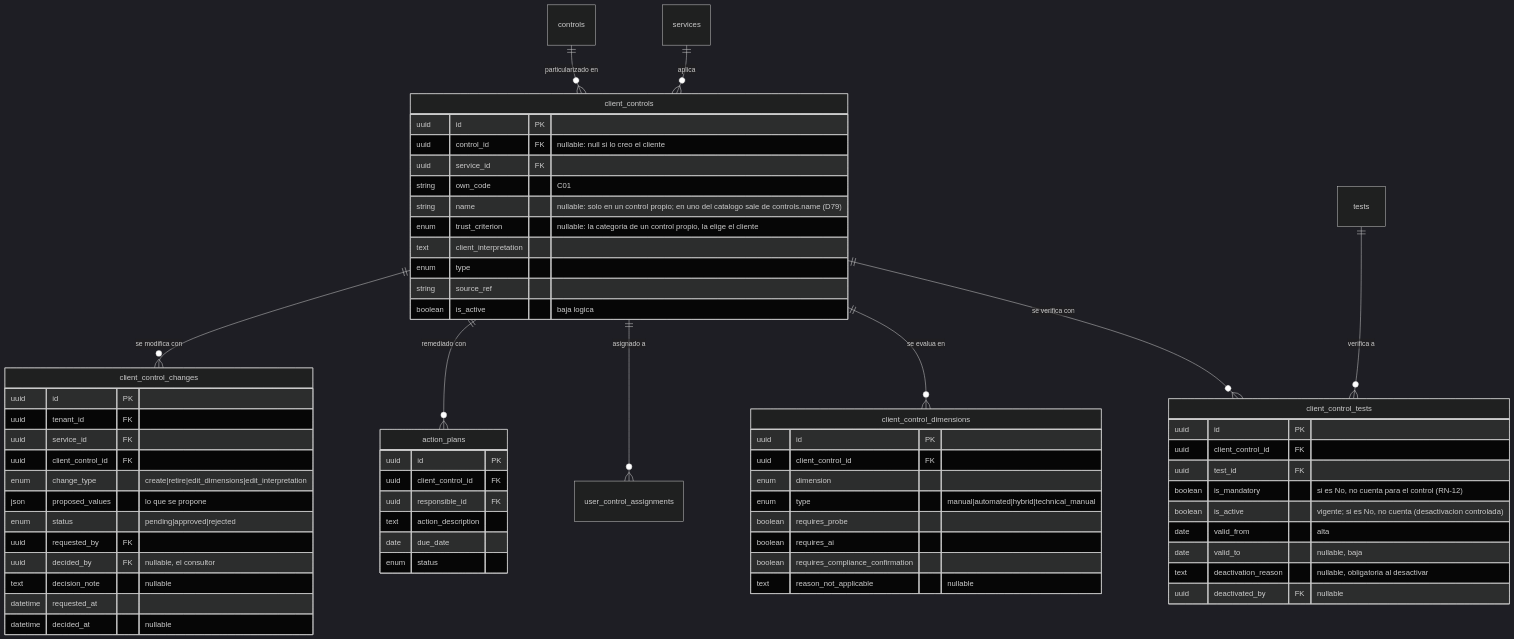
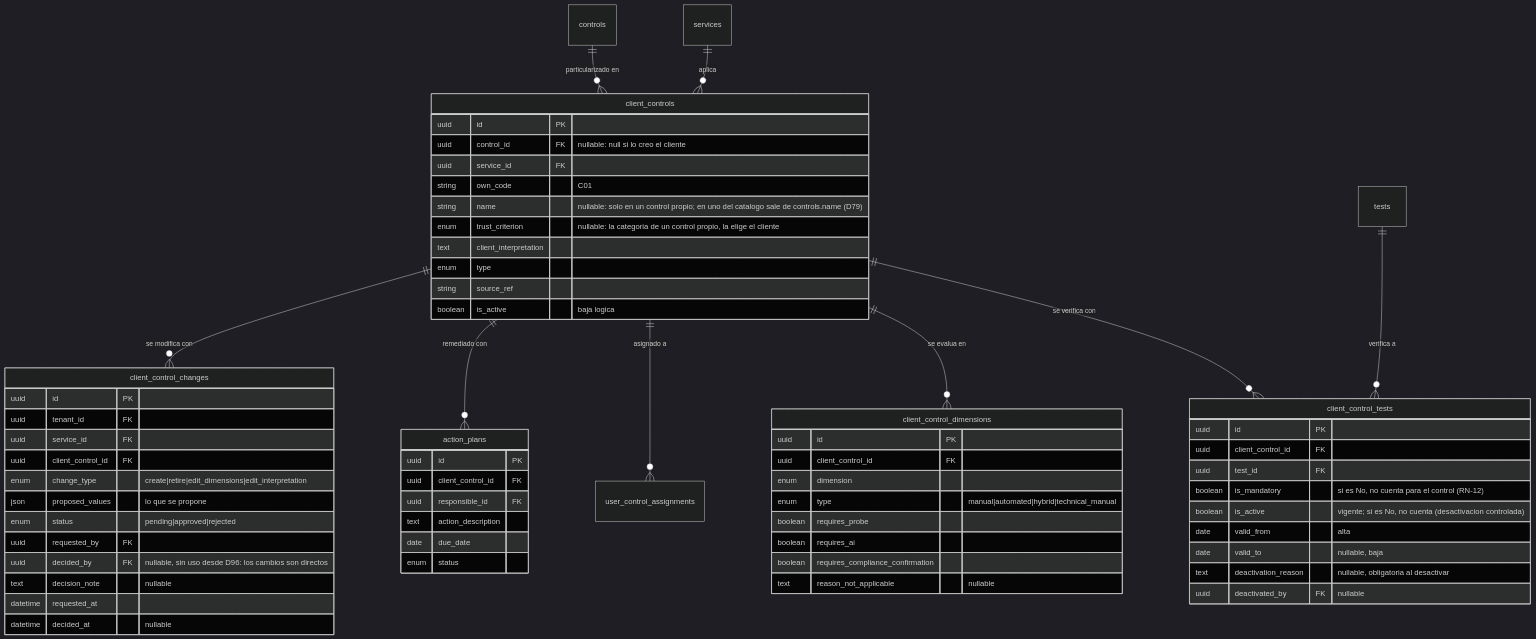
The first of 5 diagrams in skills/product/monkey-compliance-council/references/datos/modelo/07-cumplimiento.md (Monkey-GRC/Monkey-Brain-IA), drawn with Mermaid (dark theme) before and after one commit. The commit also changed other lines of this file and 33 other files, not shown here.

````diff
--- a/skills/product/monkey-compliance-council/references/datos/modelo/07-cumplimiento.md
+++ b/skills/product/monkey-compliance-council/references/datos/modelo/07-cumplimiento.md
@@ -21,66 +21,66 @@
 ```mermaid
 erDiagram
     client_controls {
         uuid id PK
         uuid control_id FK "nullable: null si lo creo el cliente"
         uuid service_id FK
         string own_code "C01"
         string name "nullable: solo en un control propio; en uno del catalogo sale de controls.name (D79)"
         enum trust_criterion "nullable: la categoria de un control propio, la elige el cliente"
         text client_interpretation
         enum type
         string source_ref
         boolean is_active "baja logica"
     }
     client_control_changes {
         uuid id PK
         uuid tenant_id FK
         uuid service_id FK
         uuid client_control_id FK
         enum change_type "create|retire|edit_dimensions|edit_interpretation"
         json proposed_values "lo que se propone"
         enum status "pending|approved|rejected"
         uuid requested_by FK
-        uuid decided_by FK "nullable, el consultor"
+        uuid decided_by FK "nullable, sin uso desde D96: los cambios son directos"
         text decision_note "nullable"
         datetime requested_at
         datetime decided_at "nullable"
     }
     client_control_dimensions {
         uuid id PK
         uuid client_control_id FK
         enum dimension
         enum type "manual|automated|hybrid|technical_manual"
         boolean requires_probe
         boolean requires_ai
         boolean requires_compliance_confirmation
         text reason_not_applicable "nullable"
     }
     client_control_tests {
         uuid id PK
         uuid client_control_id FK
         uuid test_id FK
         boolean is_mandatory "si es No, no cuenta para el control (RN-12)"
         boolean is_active "vigente; si es No, no cuenta (desactivacion controlada)"
         date valid_from "alta"
         date valid_to "nullable, baja"
         text deactivation_reason "nullable, obligatoria al desactivar"
         uuid deactivated_by FK "nullable"
     }
     action_plans {
         uuid id PK
         uuid client_control_id FK
         uuid responsible_id FK
         text action_description
         date due_date
         enum status
     }
     controls ||--o{ client_controls : "particularizado en"
     services ||--o{ client_controls : "aplica"
     client_controls ||--o{ client_control_changes : "se modifica con"
     client_controls ||--o{ action_plans : "remediado con"
     client_controls ||--o{ user_control_assignments : "asignado a"
     client_controls ||--o{ client_control_dimensions : "se evalua en"
     client_controls ||--o{ client_control_tests : "se verifica con"
     tests ||--o{ client_control_tests : "verifica a"
 ```
````
